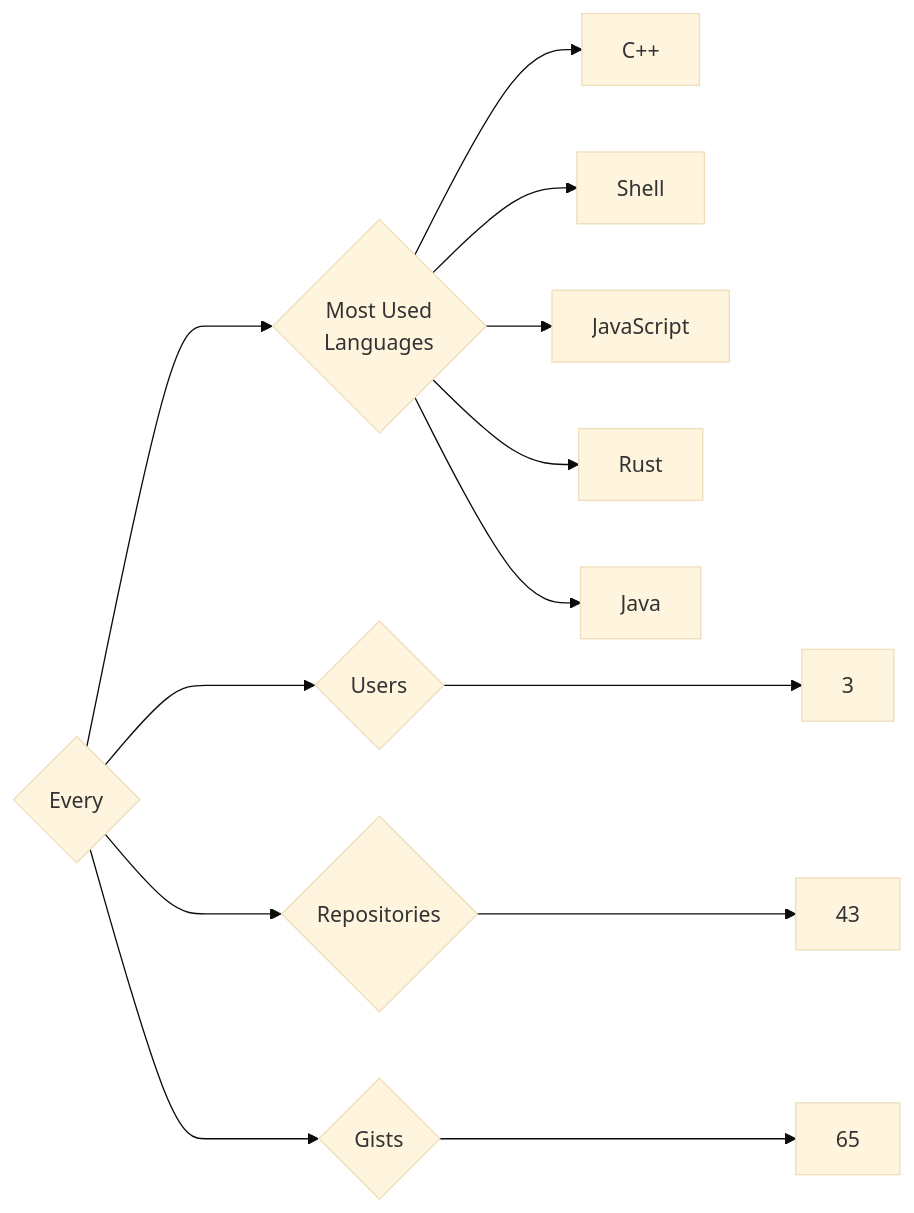
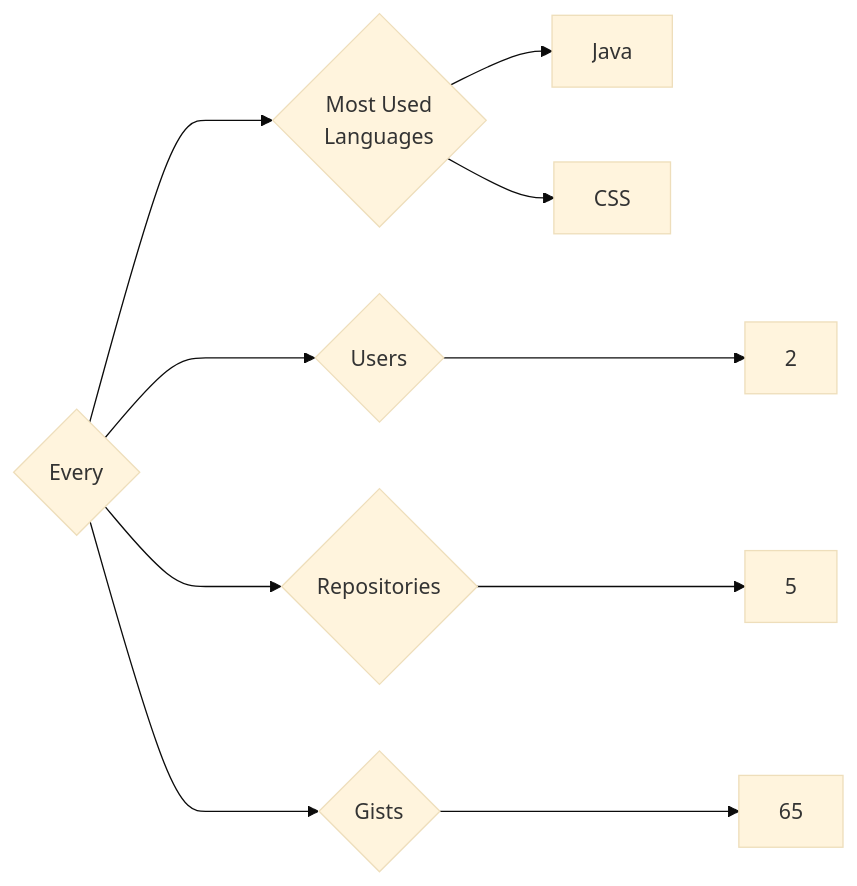
One commit to trickest/insiders changed the diagram in targets/Every/README.md. Above: the diagram before and after it, drawn with Mermaid (base theme). The commit also changed 872 other files, not shown here.

````diff
--- a/targets/Every/README.md
+++ b/targets/Every/README.md
@@ -3,13 +3,10 @@
 ```mermaid
 graph LR
 COMPANY_NAME{Every}
-COMPANY_NAME ---> U{Users} ---> UN[3]
-COMPANY_NAME ---> R{Repositories} ---> RN[43]
+COMPANY_NAME ---> U{Users} ---> UN[2]
+COMPANY_NAME ---> R{Repositories} ---> RN[5]
 COMPANY_NAME ---> G{Gists} ---> GN[65]
 COMPANY_NAME ---> ML{Most Used<br>Languages}
-ML --> C++[C++]
-ML --> Shell[Shell]
-ML --> JavaScript[JavaScript]
-ML --> Rust[Rust]
 ML --> Java[Java]
+ML --> CSS[CSS]
 ```
````
